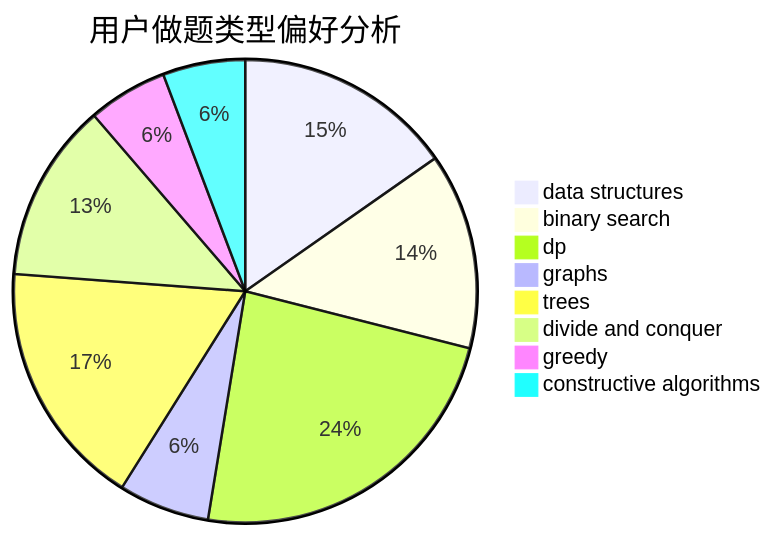
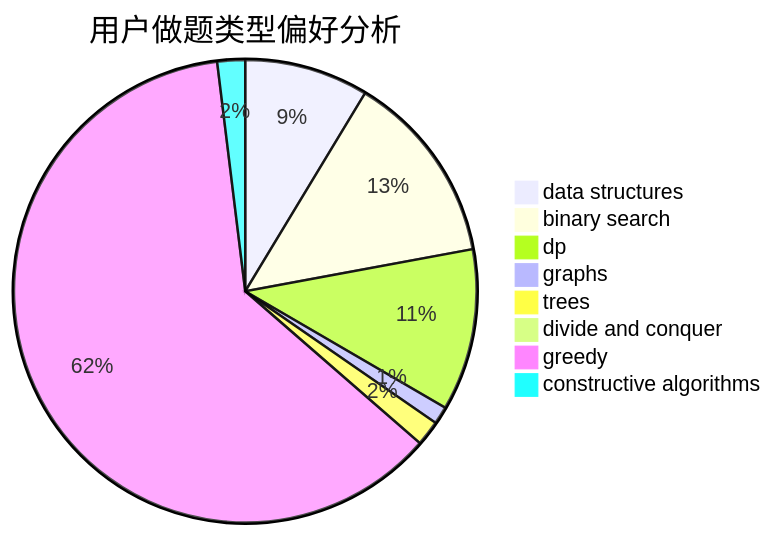
Before and after one commit to sherpahu/cfrs.github.io: the second of 3 diagrams in docs/user/u34.md, drawn with Mermaid. The commit also changed other lines of this file and 2770 other files, not shown here.

````diff
--- a/docs/user/u34.md
+++ b/docs/user/u34.md
@@ -23,11 +23,11 @@
 ```mermaid
 pie title 用户做题类型偏好分析
-    "data structures" :  77
-    "binary search" :  69
-    "dp" :  119
-    "graphs" :  32
-    "trees" :  87
-    "divide and conquer" :  63
-    "greedy" :  28
-    "constructive algorithms" :  29
+    "data structures" :  49
+    "binary search" :  76
+    "dp" :  64
+    "graphs" :  7
+    "trees" :  10
+    "divide and conquer" :  0
+    "greedy" :  349
+    "constructive algorithms" :  11
 ```
````
